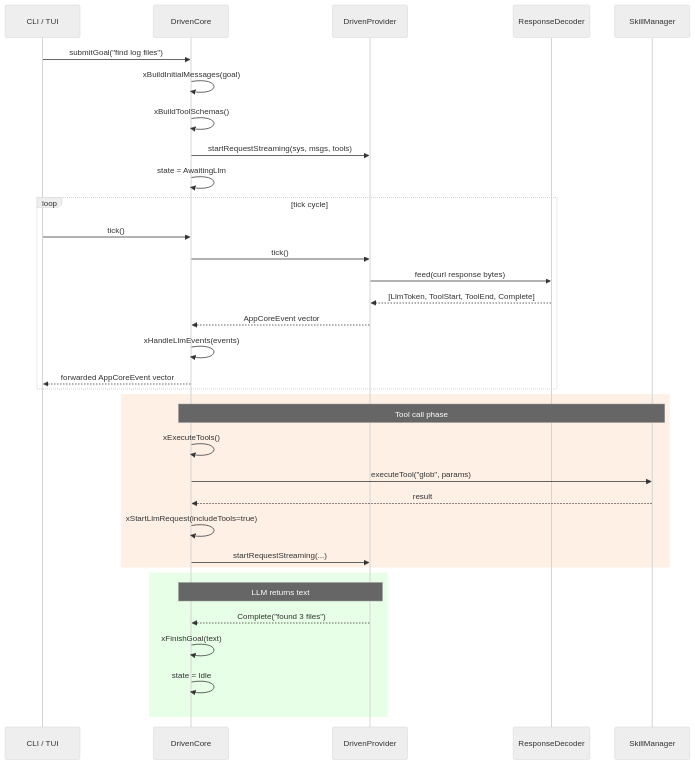
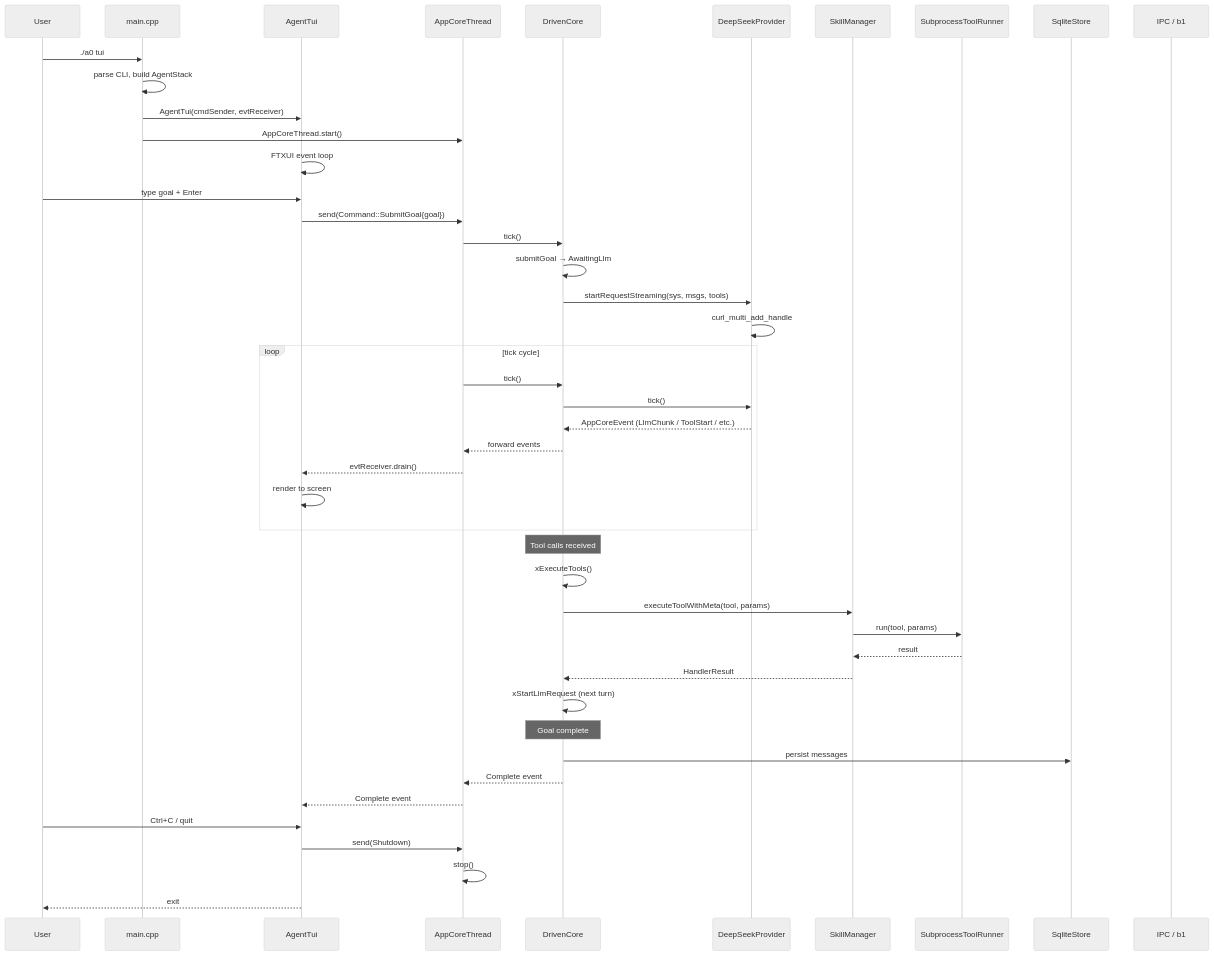
One commit to opensassi/a0 changed the second of 2 diagrams in technical-specification.md. Above: the diagram before and after it, drawn with Mermaid (neutral theme). The commit also changed other lines of this file and 165 other files, not shown here.

````diff
--- a/technical-specification.md
+++ b/technical-specification.md
@@ -538,40 +207,53 @@
 ```mermaid
 sequenceDiagram
-    participant UI as CLI / TUI
+    participant U as User
+    participant M as main.cpp
+    participant TUI as AgentTui
+    participant CORE as AppCoreThread
     participant DC as DrivenCore
-    participant DP as DrivenProvider
-    participant DEC as ResponseDecoder
-    participant SM as SkillManager
+    participant LLM as DeepSeekProvider
+    participant SK as SkillManager
+    participant EX as SubprocessToolRunner
+    participant PERS as SqliteStore
+    participant IPC as IPC / b1
 
-    UI->>DC: submitGoal("find log files")
-    DC->>DC: xBuildInitialMessages(goal)
-    DC->>DC: xBuildToolSchemas()
-    DC->>DP: startRequestStreaming(sys, msgs, tools)
-    DC->>DC: state = AwaitingLlm
+    U->>M: ./a0 tui
+    M->>M: parse CLI, build AgentStack
+    M->>TUI: AgentTui(cmdSender, evtReceiver)
+    M->>CORE: AppCoreThread.start()
+    TUI->>TUI: FTXUI event loop
+
+    U->>TUI: type goal + Enter
+    TUI->>CORE: send(Command::SubmitGoal{goal})
+    CORE->>DC: tick()
+    DC->>DC: submitGoal → AwaitingLlm
+    DC->>LLM: startRequestStreaming(sys, msgs, tools)
+    LLM->>LLM: curl_multi_add_handle
 
     loop tick cycle
-        UI->>DC: tick()
-        DC->>DP: tick()
-        DP->>DEC: feed(curl response bytes)
-        DEC-->>DP: [LlmToken, ToolStart, ToolEnd, Complete]
-        DP-->>DC: AppCoreEvent vector
-        DC->>DC: xHandleLlmEvents(events)
-        DC-->>UI: forwarded AppCoreEvent vector
+        CORE->>DC: tick()
+        DC->>LLM: tick()
+        LLM-->>DC: AppCoreEvent (LlmChunk / ToolStart / etc.)
+        DC-->>CORE: forward events
+        CORE-->>TUI: evtReceiver.drain()
+        TUI->>TUI: render to screen
     end
 
-    rect rgb(255, 240, 230)
-        Note over SM,DC: Tool call phase
-        DC->>DC: xExecuteTools()
-        DC->>SM: executeTool("glob", params)
-        SM-->>DC: result
-        DC->>DC: xStartLlmRequest(includeTools=true)
-        DC->>DP: startRequestStreaming(...)
-    end
+    Note over DC: Tool calls received
+    DC->>DC: xExecuteTools()
+    DC->>SK: executeToolWithMeta(tool, params)
+    SK->>EX: run(tool, params)
+    EX-->>SK: result
+    SK-->>DC: HandlerResult
+    DC->>DC: xStartLlmRequest (next turn)
 
-    rect rgb(230, 255, 230)
-        Note over DP,DC: LLM returns text
-        DP-->>DC: Complete("found 3 files")
-        DC->>DC: xFinishGoal(text)
-        DC->>DC: state = Idle
-    end
+    Note over DC: Goal complete
+    DC->>PERS: persist messages
+    DC-->>CORE: Complete event
+    CORE-->>TUI: Complete event
+
+    U->>TUI: Ctrl+C / quit
+    TUI->>CORE: send(Shutdown)
+    CORE->>CORE: stop()
+    TUI-->>U: exit
 ```
````
